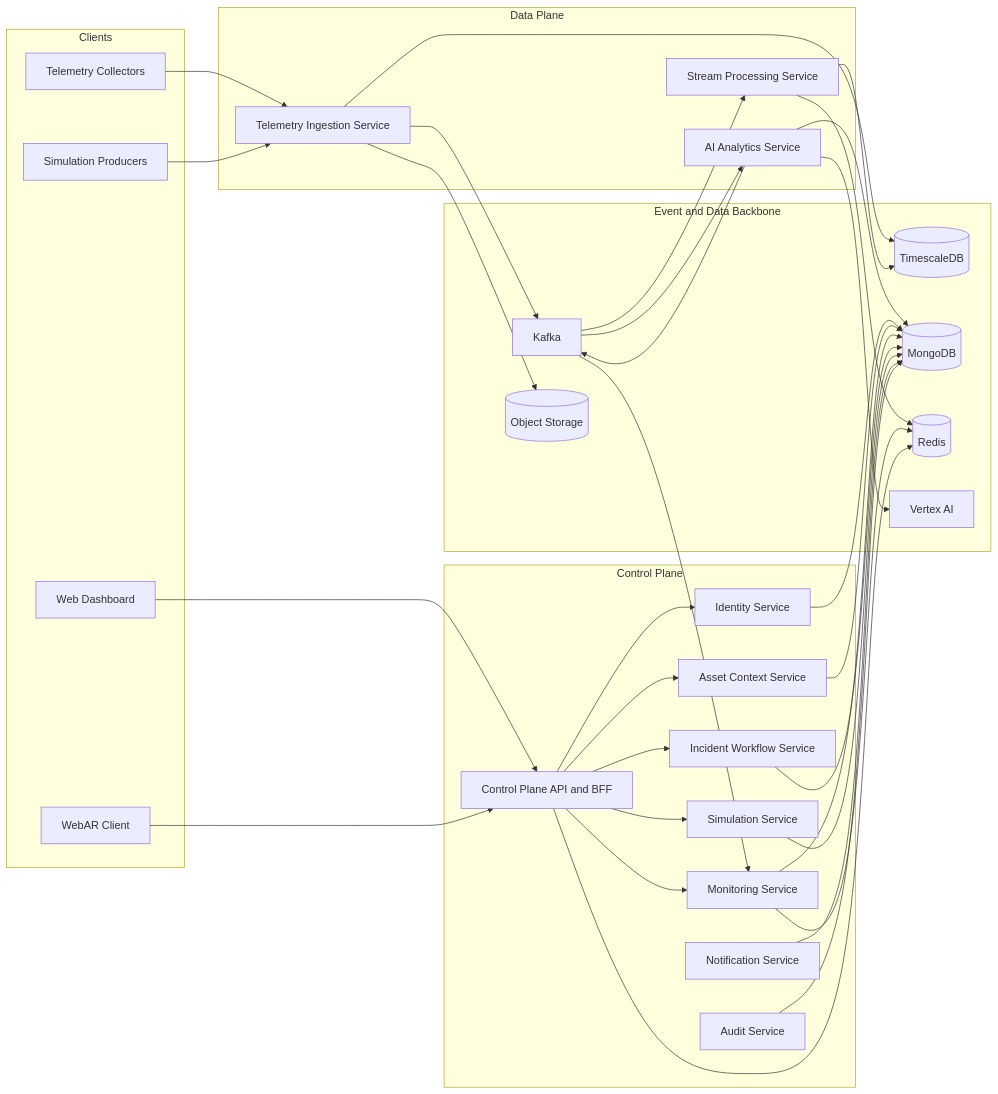
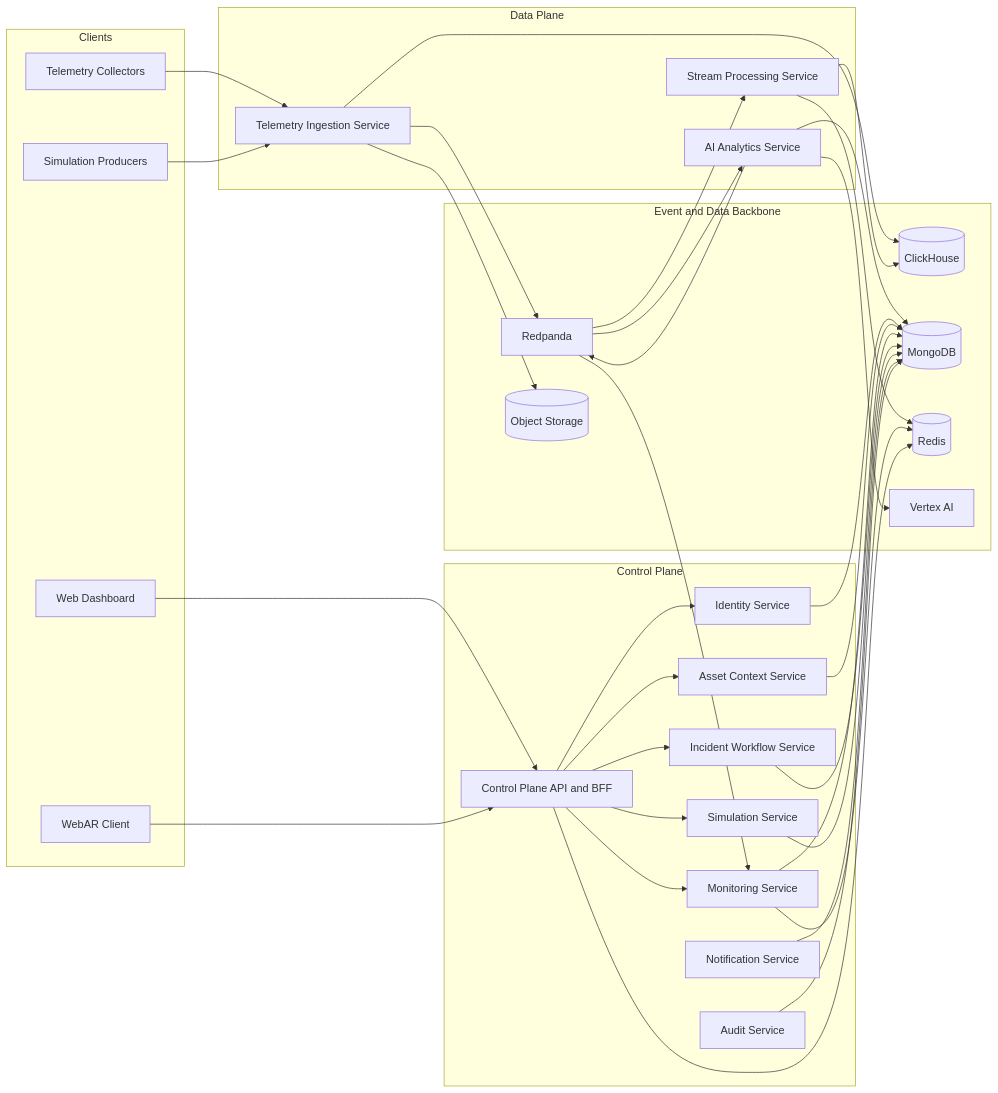
The diagram in docs/proposal_system/en/system_architecture.md (iSenity1812/AR-based-Infrastructure-Monitoring-and-Maintenance-System), drawn with Mermaid before and after one commit. The commit also changed other lines of this file and 16 other files, not shown here.

````diff
--- a/docs/proposal_system/en/system_architecture.md
+++ b/docs/proposal_system/en/system_architecture.md
@@ -21,68 +21,68 @@
 ```mermaid
 flowchart LR
     subgraph Clients["Clients"]
         C1[Web Dashboard]
         C2[WebAR Client]
         C3[Telemetry Collectors]
         C4[Simulation Producers]
     end
 
     subgraph ControlPlane["Control Plane"]
         P1[Control Plane API and BFF]
         P2[Identity Service]
         P3[Asset Context Service]
         P4[Monitoring Service]
         P5[Incident Workflow Service]
         P6[Simulation Service]
         P7[Notification Service]
         P8[Audit Service]
     end
 
     subgraph DataPlane["Data Plane"]
         D1[Telemetry Ingestion Service]
         D2[Stream Processing Service]
         D3[AI Analytics Service]
     end
 
     subgraph Backbone["Event and Data Backbone"]
-        K[Kafka]
-        T[(TimescaleDB)]
+        K[Redpanda]
+        T[(ClickHouse)]
         M[(MongoDB)]
         R[(Redis)]
         O[(Object Storage)]
         V[Vertex AI]
     end
 
     C1 --> P1
     C2 --> P1
     C3 --> D1
     C4 --> D1
 
     P1 --> P2
     P1 --> P3
     P1 --> P4
     P1 --> P5
     P1 --> P6
 
     D1 --> K
     K --> D2
     K --> D3
     K --> P4
 
     D1 --> T
     D1 --> O
     D2 --> T
     D2 --> R
     D3 --> M
     D3 --> V
     P2 --> M
     P3 --> M
     P4 --> M
     P5 --> M
     P6 --> M
     P7 --> M
     P8 --> M
     P4 --> R
     P1 --> R
     D3 --> K
 ```
````
